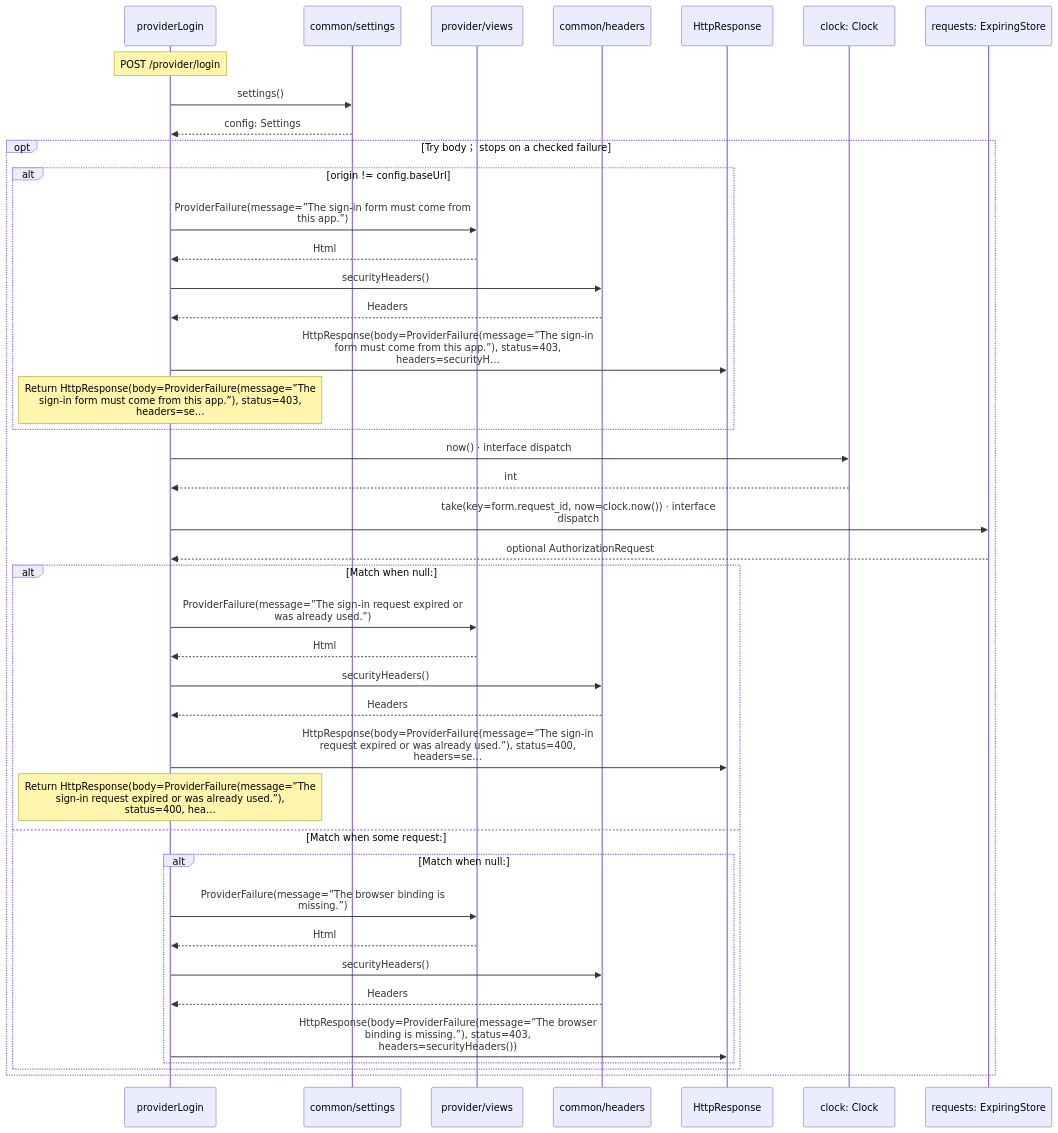
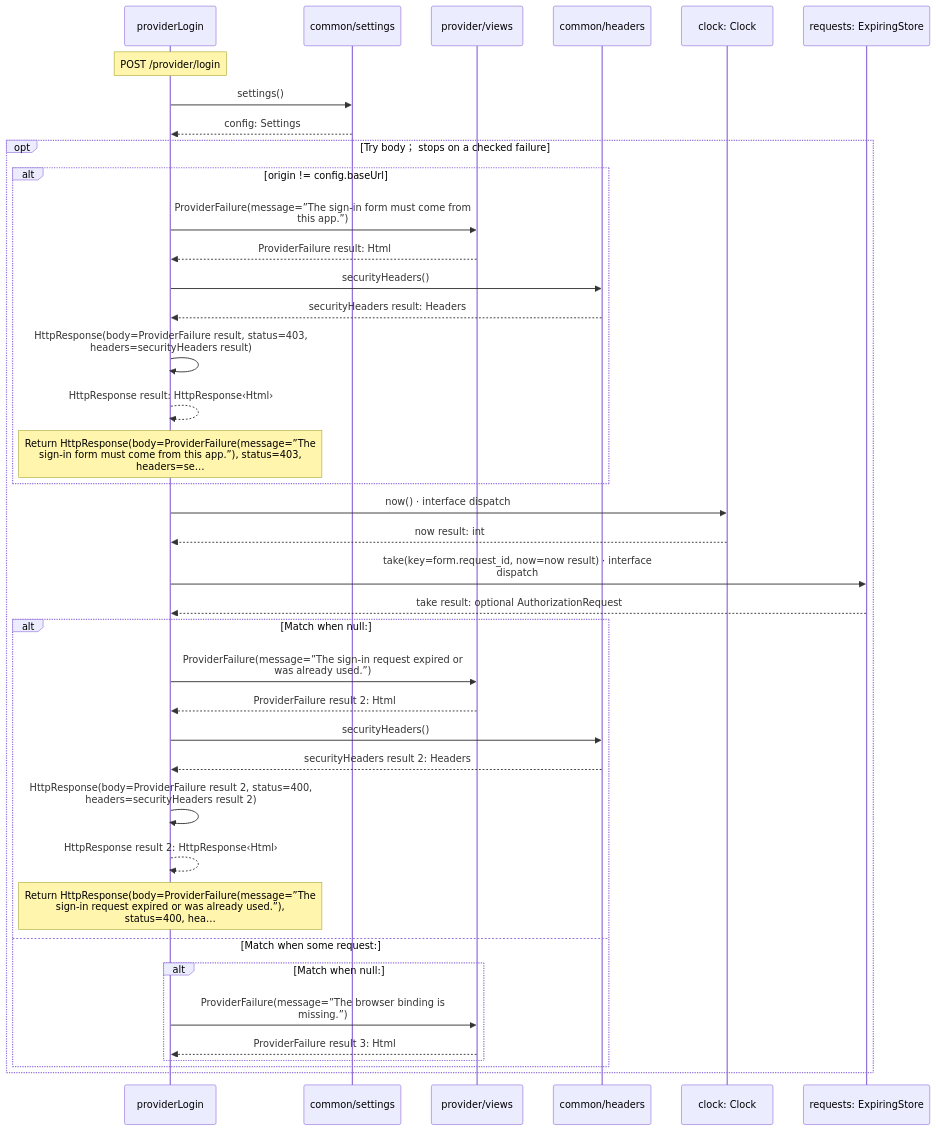
Before and after one commit to GreenPandaStudios/augscript: the eighth of 12 diagrams in docs/examples/oidc-login/provider/authorization-diagrams.md, drawn with Mermaid. The commit also changed other lines of this file and 304 other files, not shown here.

Commit message:
Make generated data-flow sequences concise and review every diagram

````diff
--- a/docs/examples/oidc-login/provider/authorization-diagrams.md
+++ b/docs/examples/oidc-login/provider/authorization-diagrams.md
@@ -229,43 +214,41 @@
 ```mermaid
 sequenceDiagram
     participant p0 as providerLogin
     participant p1 as common/settings
     participant p2 as provider/views
     participant p3 as common/headers
-    participant p4 as HttpResponse
-    participant p5 as clock: Clock
-    participant p6 as requests: ExpiringStore
+    participant p4 as clock: Clock
+    participant p5 as requests: ExpiringStore
     Note over p0: POST /provider/login
     p0->>p1: settings()
     p1-->>p0: config: Settings
     opt Try body； stops on a checked failure
     alt origin != config.baseUrl
     p0->>p2: ProviderFailure(message=”The sign-in form must come from<br/>this app.”)
-    p2-->>p0: Html
+    p2-->>p0: ProviderFailure result: Html
     p0->>p3: securityHeaders()
-    p3-->>p0: Headers
-    p0->>p4: HttpResponse(body=ProviderFailure(message=”The sign-in<br/>form must come from this app.”), status=403,<br/>headers=securityH…
+    p3-->>p0: securityHeaders result: Headers
+    p0->>p0: HttpResponse(body=ProviderFailure result, status=403,<br/>headers=securityHeaders result)
+    p0-->>p0: HttpResponse result: HttpResponse‹Html›
     Note over p0: Return HttpResponse(body=ProviderFailure(message=”The<br/>sign-in form must come from this app.”), status=403,<br/>headers=se…
     end
-    p0->>p5: now() · interface dispatch
-    p5-->>p0: int
-    p0->>p6: take(key=form.request_id, now=clock.now()) · interface<br/>dispatch
-    p6-->>p0: optional AuthorizationRequest
+    p0->>p4: now() · interface dispatch
+    p4-->>p0: now result: int
+    p0->>p5: take(key=form.request_id, now=now result) · interface<br/>dispatch
+    p5-->>p0: take result: optional AuthorizationRequest
     alt Match when null:
     p0->>p2: ProviderFailure(message=”The sign-in request expired or<br/>was already used.”)
-    p2-->>p0: Html
+    p2-->>p0: ProviderFailure result 2: Html
     p0->>p3: securityHeaders()
-    p3-->>p0: Headers
-    p0->>p4: HttpResponse(body=ProviderFailure(message=”The sign-in<br/>request expired or was already used.”), status=400,<br/>headers=se…
+    p3-->>p0: securityHeaders result 2: Headers
+    p0->>p0: HttpResponse(body=ProviderFailure result 2, status=400,<br/>headers=securityHeaders result 2)
+    p0-->>p0: HttpResponse result 2: HttpResponse‹Html›
     Note over p0: Return HttpResponse(body=ProviderFailure(message=”The<br/>sign-in request expired or was already used.”),<br/>status=400, hea…
     else Match when some request:
     alt Match when null:
     p0->>p2: ProviderFailure(message=”The browser binding is<br/>missing.”)
-    p2-->>p0: Html
-    p0->>p3: securityHeaders()
-    p3-->>p0: Headers
-    p0->>p4: HttpResponse(body=ProviderFailure(message=”The browser<br/>binding is missing.”), status=403,<br/>headers=securityHeaders())
+    p2-->>p0: ProviderFailure result 3: Html
     end
     end
     end
 ```
````
